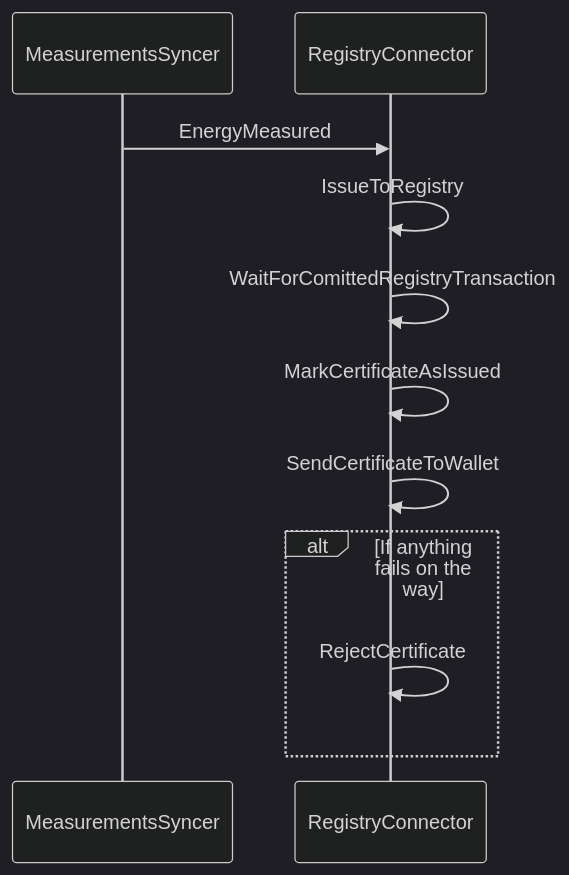
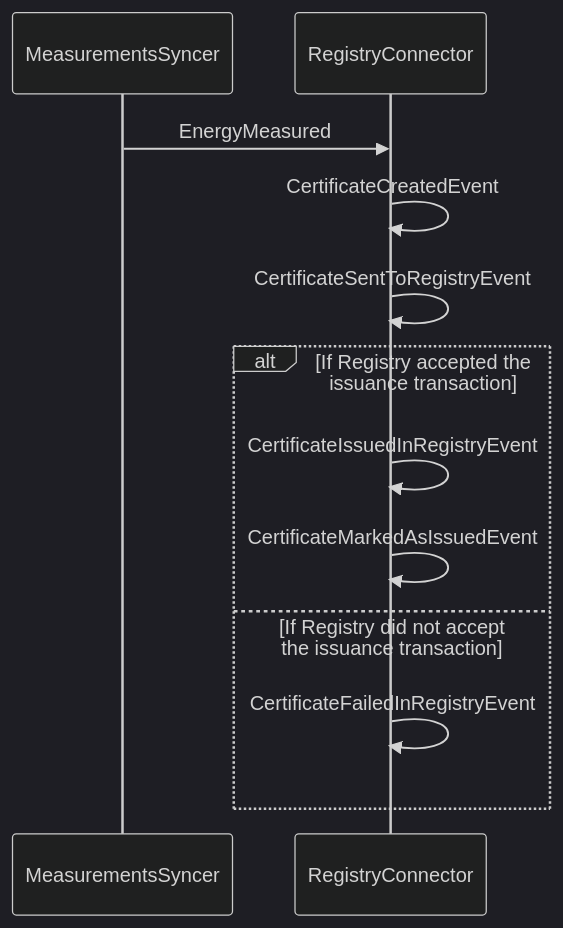
One commit to Energinet-DataHub/energy-origin changed the diagram in doc/architecture/domains/certificates.md. Above: the diagram before and after it, drawn with Mermaid (dark theme). The commit also changed other lines of this file, not shown here.

````diff
--- a/doc/architecture/domains/certificates.md
+++ b/doc/architecture/domains/certificates.md
@@ -20,15 +20,16 @@
 ```mermaid
 sequenceDiagram
     participant ms as MeasurementsSyncer
     participant rc as RegistryConnector
 
     ms->>rc: EnergyMeasured
-    rc->>rc: IssueToRegistry
-    rc->>rc: WaitForComittedRegistryTransaction
-    rc->>rc: MarkCertificateAsIssued
-    rc->>rc: SendCertificateToWallet
+    rc->>rc: CertificateCreatedEvent
+    rc->>rc: CertificateSentToRegistryEvent
+    alt If Registry accepted the issuance transaction
+        rc->>rc: CertificateIssuedInRegistryEvent
+        rc->>rc: CertificateMarkedAsIssuedEvent
+    else If Registry did not accept the issuance transaction
+        rc->>rc: CertificateFailedInRegistryEvent
+    end
 
-    alt If anything fails on the way
-        rc->>rc: RejectCertificate
-    end
 ```
````
